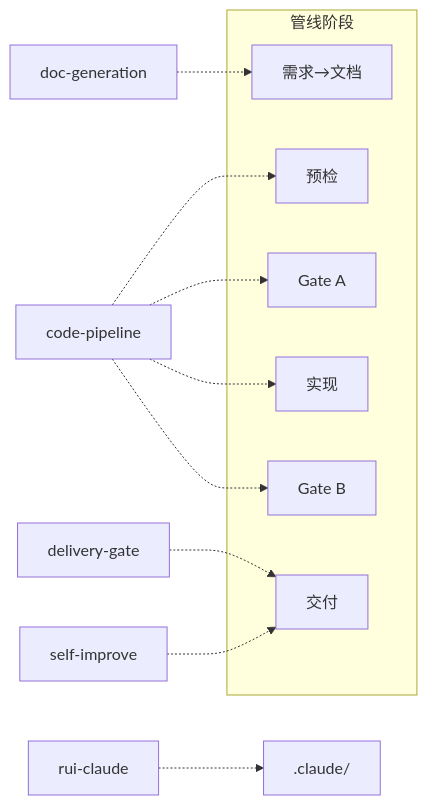
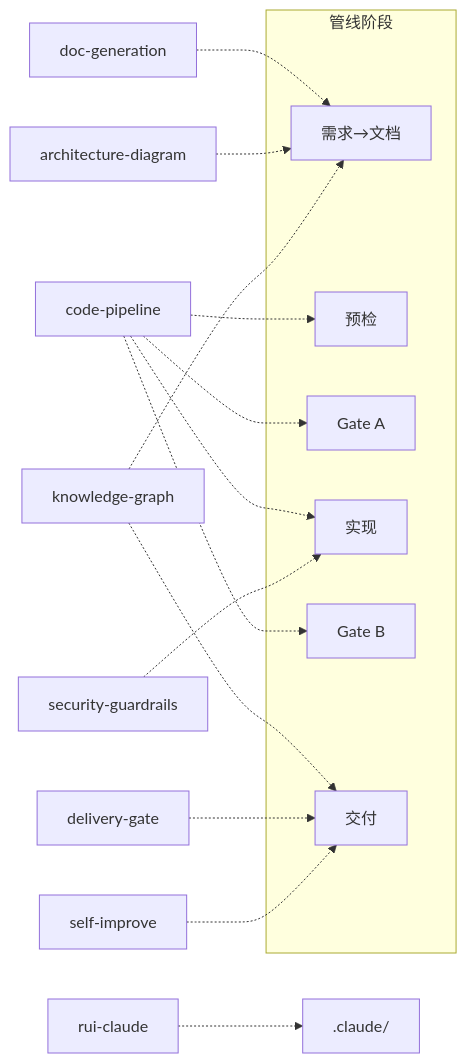
The fifth of 6 diagrams in README.md (effiy/YrY), drawn with Mermaid before and after one commit. The commit also changed other lines of this file and 7 other files, not shown here.

````diff
--- a/README.md
+++ b/README.md
@@ -153,17 +161,20 @@
 ```mermaid
 flowchart LR
     subgraph 管线阶段
         S1[需求→文档]
         S2[预检]
         S3[Gate A]
         S4[实现]
         S5[Gate B]
         S6[交付]
     end
 
     CP[code-pipeline] -.-> S2 & S3 & S4 & S5
     DOC[doc-generation] -.-> S1
+    AD[architecture-diagram] -.-> S1
+    KG[knowledge-graph] -.-> S1 & S6
+    SG[security-guardrails] -.-> S4
     DG[delivery-gate] -.-> S6
     SI[self-improve] -.-> S6
     RC[rui-claude] -.-> .claude/
 ```
````
